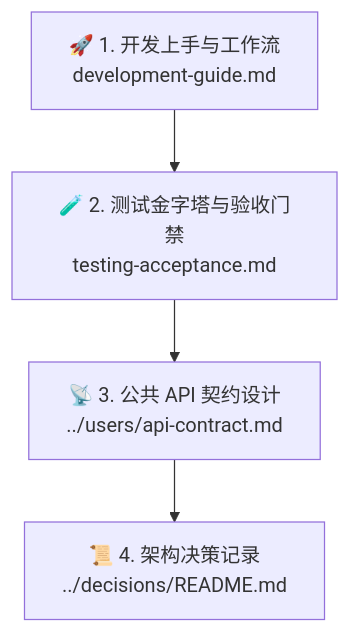
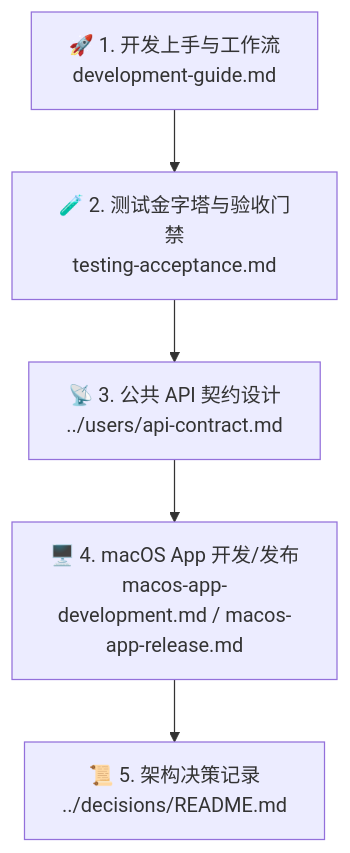
One commit to hrygo/SpeechRail changed the diagram in docs/developers/README.md. Above: the diagram before and after it, drawn with Mermaid. The commit also changed other lines of this file and 6 other files, not shown here.

Commit message:
docs: unify service and app release SOP

````diff
--- a/docs/developers/README.md
+++ b/docs/developers/README.md
@@ -17,6 +17,7 @@
 ```mermaid
 graph TD
     A[🚀 1. 开发上手与工作流<br/>development-guide.md] --> B[🧪 2. 测试金字塔与验收门禁<br/>testing-acceptance.md]
     B --> C[📡 3. 公共 API 契约设计<br/>../users/api-contract.md]
-    C --> D[📜 4. 架构决策记录<br/>../decisions/README.md]
+    C --> D[🖥️ 4. macOS App 开发/发布<br/>macos-app-development.md / macos-app-release.md]
+    D --> E[📜 5. 架构决策记录<br/>../decisions/README.md]
 ```
````
